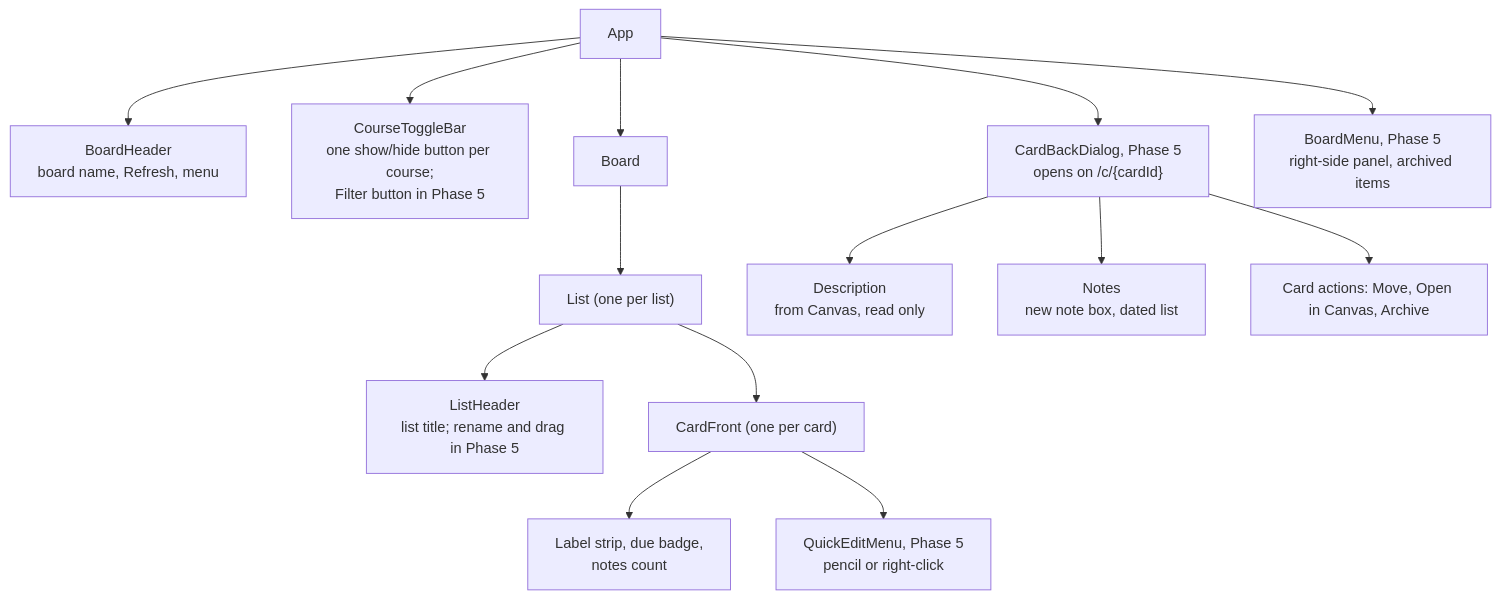
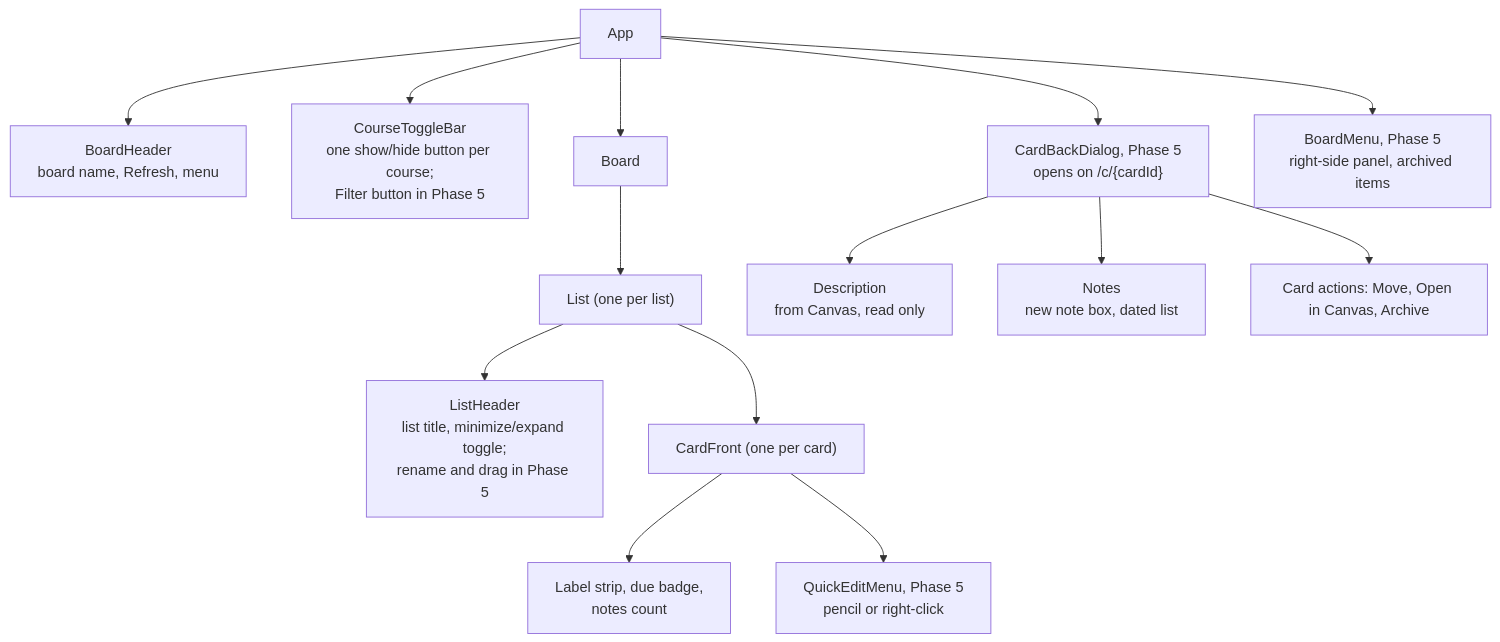
One commit to bbranton/TestProj changed the sixth of 6 diagrams in docs/canvas-portal/03-design.md. Above: the diagram before and after it, drawn with Mermaid. The commit also changed other lines of this file and 4 other files, not shown here.

First line of the commit message:
Add minimize and expand for lists in Phase 1

````diff
--- a/docs/canvas-portal/03-design.md
+++ b/docs/canvas-portal/03-design.md
@@ -570,16 +570,16 @@
 ```mermaid
 flowchart TD
     App --> Header["BoardHeader<br/>board name, Refresh, menu"]
     App --> Toggles["CourseToggleBar<br/>one show/hide button per course;<br/>Filter button in Phase 5"]
     App --> Board
     App --> CardBack["CardBackDialog, Phase 5<br/>opens on /c/{cardId}"]
     App --> BoardMenu["BoardMenu, Phase 5<br/>right-side panel, archived items"]
     Board --> List["List (one per list)"]
-    List --> ListHeader["ListHeader<br/>list title; rename and drag in Phase 5"]
+    List --> ListHeader["ListHeader<br/>list title, minimize/expand toggle;<br/>rename and drag in Phase 5"]
     List --> Card["CardFront (one per card)"]
     Card --> Badges["Label strip, due badge,<br/>notes count"]
     Card --> QuickEdit["QuickEditMenu, Phase 5<br/>pencil or right-click"]
     CardBack --> Desc["Description<br/>from Canvas, read only"]
     CardBack --> Notes["Notes<br/>new note box, dated list"]
     CardBack --> Sidebar["Card actions: Move, Open in Canvas, Archive"]
 ```
````
